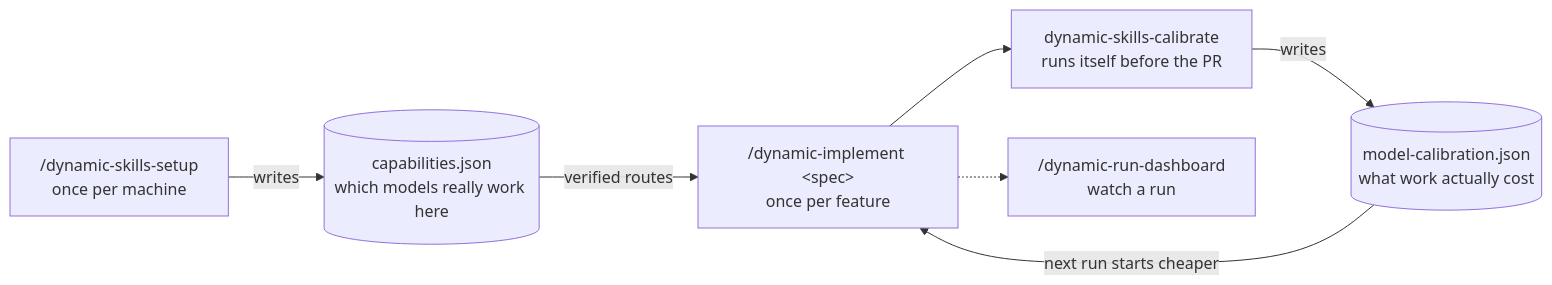
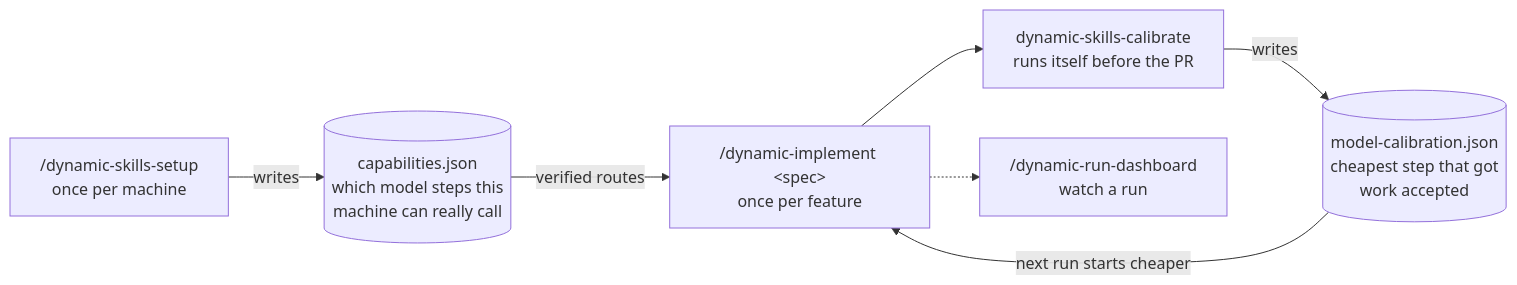
The first of 2 diagrams in README.md (phassle/skills), drawn with Mermaid before and after one commit. The commit also changed other lines of this file, not shown here.

First line of the commit message:
readme: lead the dynamic section with the cheap-model ladder

````diff
--- a/README.md
+++ b/README.md
@@ -50,16 +54,16 @@
 ```mermaid
 flowchart LR
   S["/dynamic-skills-setup<br/>once per machine"]
-  P[("capabilities.json<br/>which models really work here")]
+  P[("capabilities.json<br/>which model steps this<br/>machine can really call")]
   I["/dynamic-implement &lt;spec&gt;<br/>once per feature"]
   C["dynamic-skills-calibrate<br/>runs itself before the PR"]
-  K[("model-calibration.json<br/>what work actually cost")]
+  K[("model-calibration.json<br/>cheapest step that got<br/>work accepted")]
   D["/dynamic-run-dashboard<br/>watch a run"]
 
   S -->|writes| P
   P -->|"verified routes"| I
   I --> C
   C -->|writes| K
   K -->|"next run starts cheaper"| I
   I -.-> D
 ```
````
